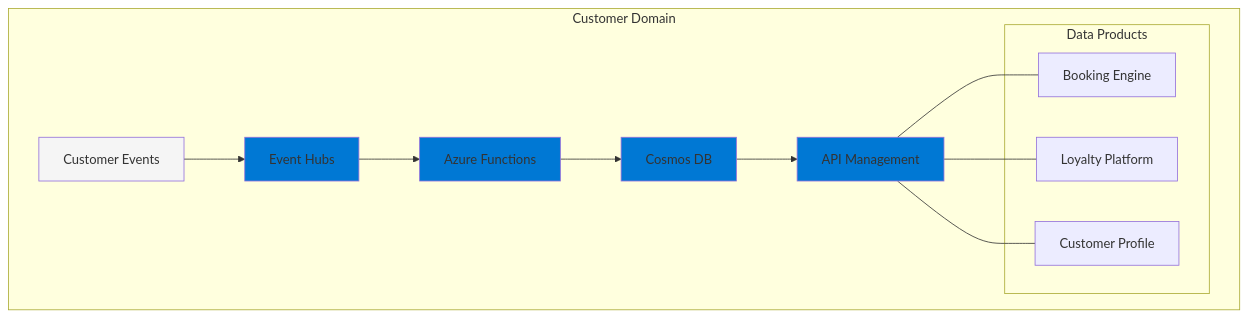
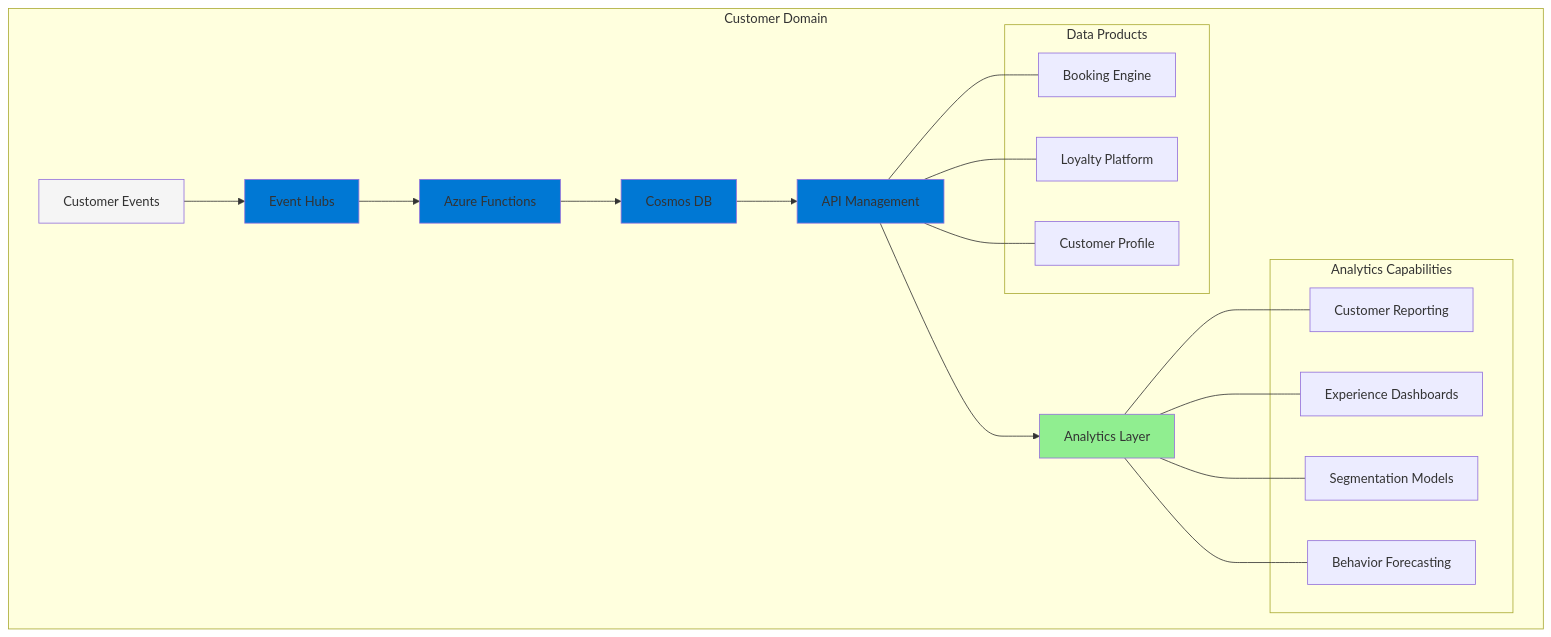
Before and after one commit to data-octo/agentic_ai_research: the fourth of 10 diagrams in enterprise_data_architecture/chapters/03_data_mesh.md, drawn with Mermaid. The commit also changed other lines of this file and 34 other files, not shown here.

Commit message:
v0.1.9 - include data analytics in mermaid

````diff
--- a/enterprise_data_architecture/chapters/03_data_mesh.md
+++ b/enterprise_data_architecture/chapters/03_data_mesh.md
@@ -129,25 +197,41 @@
   ```mermaid
   graph TB
       subgraph "Customer Domain"
           A[Customer Events] --> B[Event Hubs]
           B --> C[Azure Functions]
           C --> D[Cosmos DB]
           D --> E[API Management]
           
+          %% Add Analytics Layer
+          E --> I[Analytics Layer]
+          
           subgraph "Data Products"
               F[Booking Engine]
               G[Loyalty Platform]
               H[Customer Profile]
           end
           
+          subgraph "Analytics Capabilities"
+              J[Customer Reporting]
+              K[Experience Dashboards]
+              L[Segmentation Models]
+              M[Behavior Forecasting]
+          end
+          
           E --- F
           E --- G
           E --- H
+          
+          I --- J
+          I --- K
+          I --- L
+          I --- M
       end
       
       style A fill:#f5f5f5
       style B fill:#0078d4
       style C fill:#0078d4
       style D fill:#0078d4
       style E fill:#0078d4
+      style I fill:#90ee90
   ```
````
